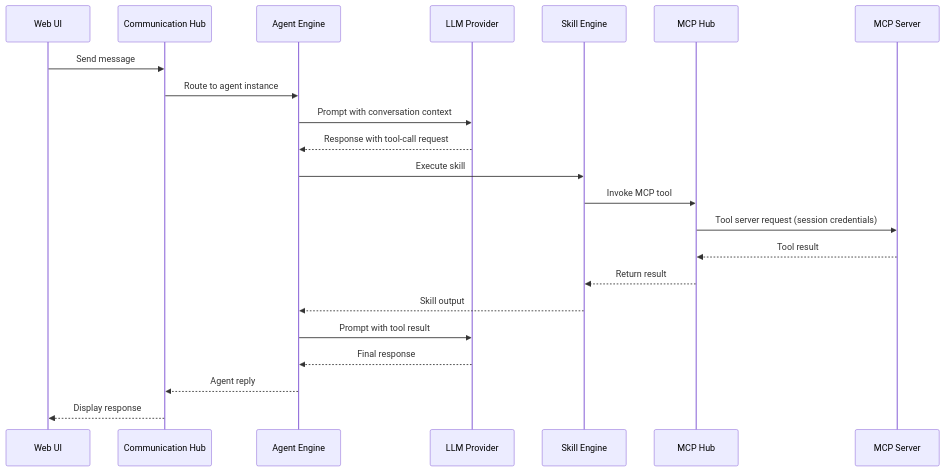
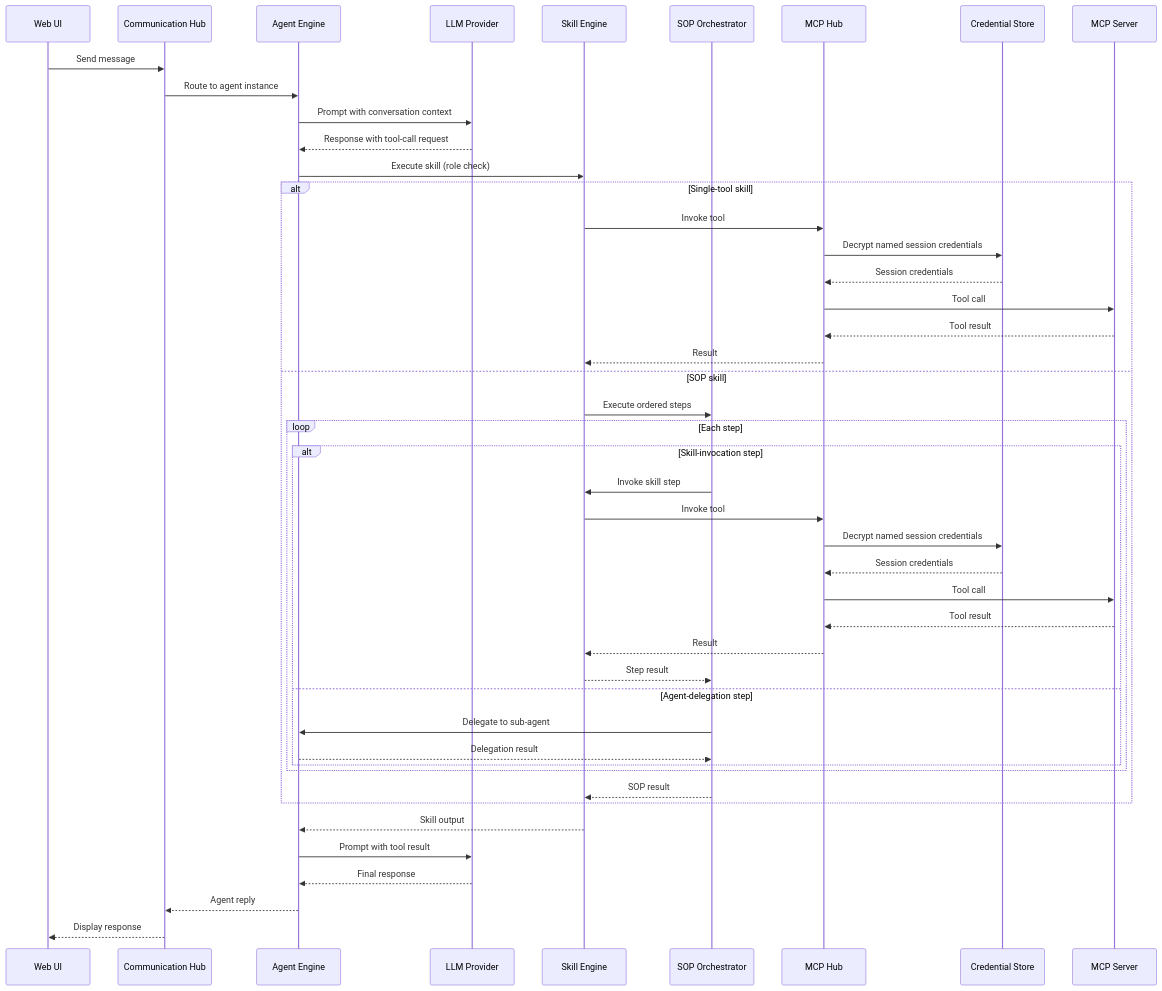
The diagram in docs/master/architecture/modules/tool-execution.md (hurungang/parthenon), drawn with Mermaid before and after one commit. The commit also changed other lines of this file and 169 other files, not shown here.

````diff
--- a/docs/master/architecture/modules/tool-execution.md
+++ b/docs/master/architecture/modules/tool-execution.md
@@ -9,25 +9,49 @@
 ```mermaid
 sequenceDiagram
     participant U as Web UI
     participant CH as Communication Hub
     participant AE as Agent Engine
     participant LLM as LLM Provider
     participant SE as Skill Engine
+    participant SOPORCH as SOP Orchestrator
     participant MCP as MCP Hub
+    participant CS as Credential Store
     participant EXT as MCP Server
 
     U->>CH: Send message
     CH->>AE: Route to agent instance
     AE->>LLM: Prompt with conversation context
     LLM-->>AE: Response with tool-call request
-    AE->>SE: Execute skill
-    SE->>MCP: Invoke MCP tool
-    MCP->>EXT: Tool server request (session credentials)
-    EXT-->>MCP: Tool result
-    MCP-->>SE: Return result
+    AE->>SE: Execute skill (role check)
+    alt Single-tool skill
+        SE->>MCP: Invoke tool
+        MCP->>CS: Decrypt named session credentials
+        CS-->>MCP: Session credentials
+        MCP->>EXT: Tool call
+        EXT-->>MCP: Tool result
+        MCP-->>SE: Result
+    else SOP skill
+        SE->>SOPORCH: Execute ordered steps
+        loop Each step
+            alt Skill-invocation step
+                SOPORCH->>SE: Invoke skill step
+                SE->>MCP: Invoke tool
+                MCP->>CS: Decrypt named session credentials
+                CS-->>MCP: Session credentials
+                MCP->>EXT: Tool call
+                EXT-->>MCP: Tool result
+                MCP-->>SE: Result
+                SE-->>SOPORCH: Step result
+            else Agent-delegation step
+                SOPORCH->>AE: Delegate to sub-agent
+                AE-->>SOPORCH: Delegation result
+            end
+        end
+        SOPORCH-->>SE: SOP result
+    end
     SE-->>AE: Skill output
     AE->>LLM: Prompt with tool result
     LLM-->>AE: Final response
     AE-->>CH: Agent reply
     CH-->>U: Display response
 ```
````
